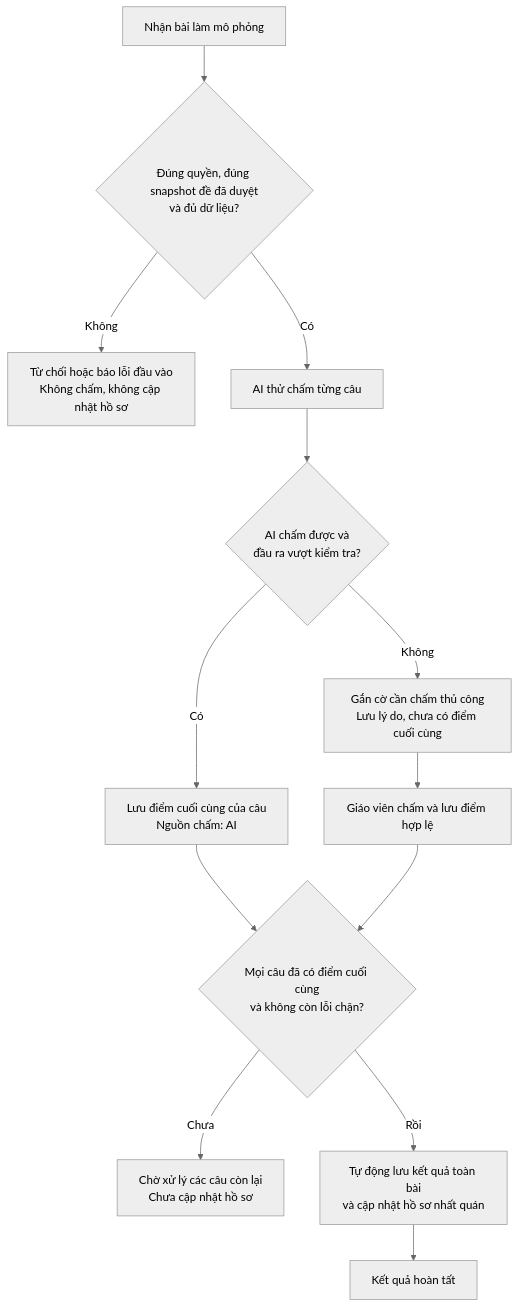
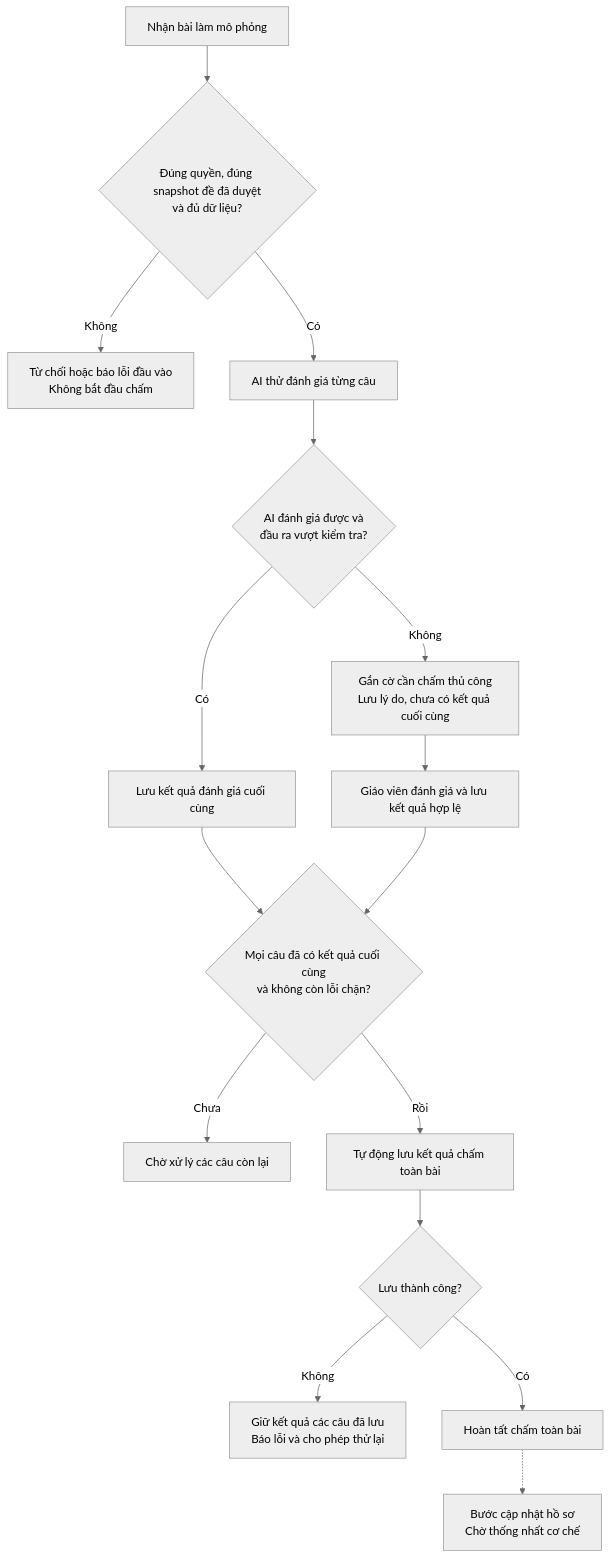
The diagram in docs/design/W06_Grading_Workflow_and_Acceptance_Criteria.md (csc10014-team01/adaptive-learning), drawn with Mermaid (neutral theme) before and after one commit. The commit also changed other lines of this file, not shown here.

````diff
--- a/docs/design/W06_Grading_Workflow_and_Acceptance_Criteria.md
+++ b/docs/design/W06_Grading_Workflow_and_Acceptance_Criteria.md
@@ -61,15 +64,18 @@
 ```mermaid
 flowchart TD
     A["Nhận bài làm mô phỏng"] --> B{"Đúng quyền, đúng snapshot đề đã duyệt<br/>và đủ dữ liệu?"}
-    B -->|Không| X["Từ chối hoặc báo lỗi đầu vào<br/>Không chấm, không cập nhật hồ sơ"]
-    B -->|Có| C["AI thử chấm từng câu"]
-    C --> D{"AI chấm được và<br/>đầu ra vượt kiểm tra?"}
-    D -->|Có| E["Lưu điểm cuối cùng của câu<br/>Nguồn chấm: AI"]
-    D -->|Không| F["Gắn cờ cần chấm thủ công<br/>Lưu lý do, chưa có điểm cuối cùng"]
-    F --> G["Giáo viên chấm và lưu điểm hợp lệ"]
-    E --> H{"Mọi câu đã có điểm cuối cùng<br/>và không còn lỗi chặn?"}
+    B -->|Không| X["Từ chối hoặc báo lỗi đầu vào<br/>Không bắt đầu chấm"]
+    B -->|Có| C["AI thử đánh giá từng câu"]
+    C --> D{"AI đánh giá được và<br/>đầu ra vượt kiểm tra?"}
+    D -->|Có| E["Lưu kết quả đánh giá cuối cùng"]
+    D -->|Không| F["Gắn cờ cần chấm thủ công<br/>Lưu lý do, chưa có kết quả cuối cùng"]
+    F --> G["Giáo viên đánh giá và lưu kết quả hợp lệ"]
+    E --> H{"Mọi câu đã có kết quả cuối cùng<br/>và không còn lỗi chặn?"}
     G --> H
-    H -->|Chưa| I["Chờ xử lý các câu còn lại<br/>Chưa cập nhật hồ sơ"]
-    H -->|Rồi| J["Tự động lưu kết quả toàn bài<br/>và cập nhật hồ sơ nhất quán"]
-    J --> K["Kết quả hoàn tất"]
+    H -->|Chưa| I["Chờ xử lý các câu còn lại"]
+    H -->|Rồi| J["Tự động lưu kết quả chấm toàn bài"]
+    J --> K{"Lưu thành công?"}
+    K -->|Không| R["Giữ kết quả các câu đã lưu<br/>Báo lỗi và cho phép thử lại"]
+    K -->|Có| L["Hoàn tất chấm toàn bài"]
+    L -.-> P["Bước cập nhật hồ sơ<br/>Chờ thống nhất cơ chế"]
 ```
````
